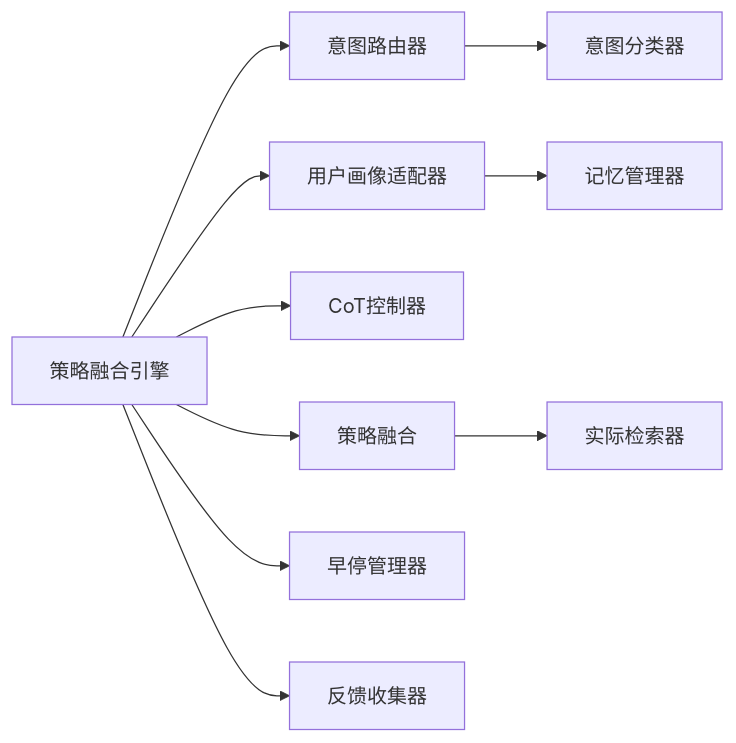
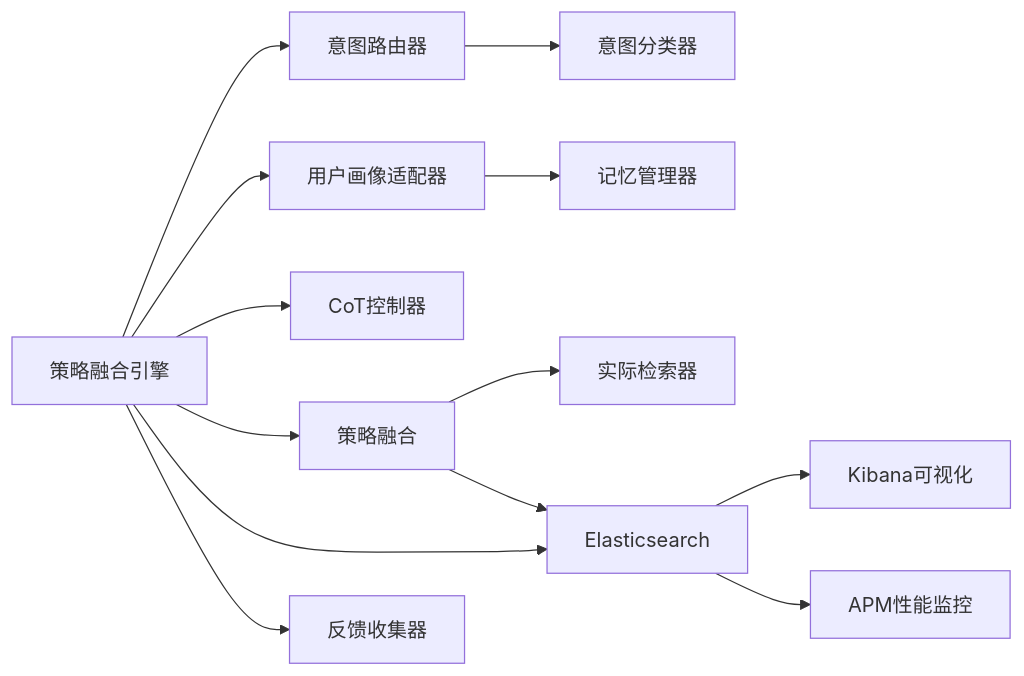
Before and after one commit to JieGaoPrinceton/NecoRAG: the tenth of 10 diagrams in .qoder/repowiki/zh/content/检索引擎模块/检索引擎模块.md, drawn with Mermaid. The commit also changed other lines of this file and 17 other files, not shown here.

````diff
--- a/.qoder/repowiki/zh/content/检索引擎模块/检索引擎模块.md
+++ b/.qoder/repowiki/zh/content/检索引擎模块/检索引擎模块.md
@@ -389,12 +669,15 @@
 ```mermaid
 graph LR
 SFE["策略融合引擎"] --> IR["意图路由器"]
 SFE --> UA["用户画像适配器"]
 SFE --> CC["CoT控制器"]
 SFE --> SF["策略融合"]
 SFE --> ES["早停管理器"]
 SFE --> FC["反馈收集器"]
 IR --> IC["意图分类器"]
 UA --> MM["记忆管理器"]
 SF --> TR["实际检索器"]
+SF --> ES["Elasticsearch"]
+ES --> KIBANA["Kibana可视化"]
+ES --> APM["APM性能监控"]
 ```
````
